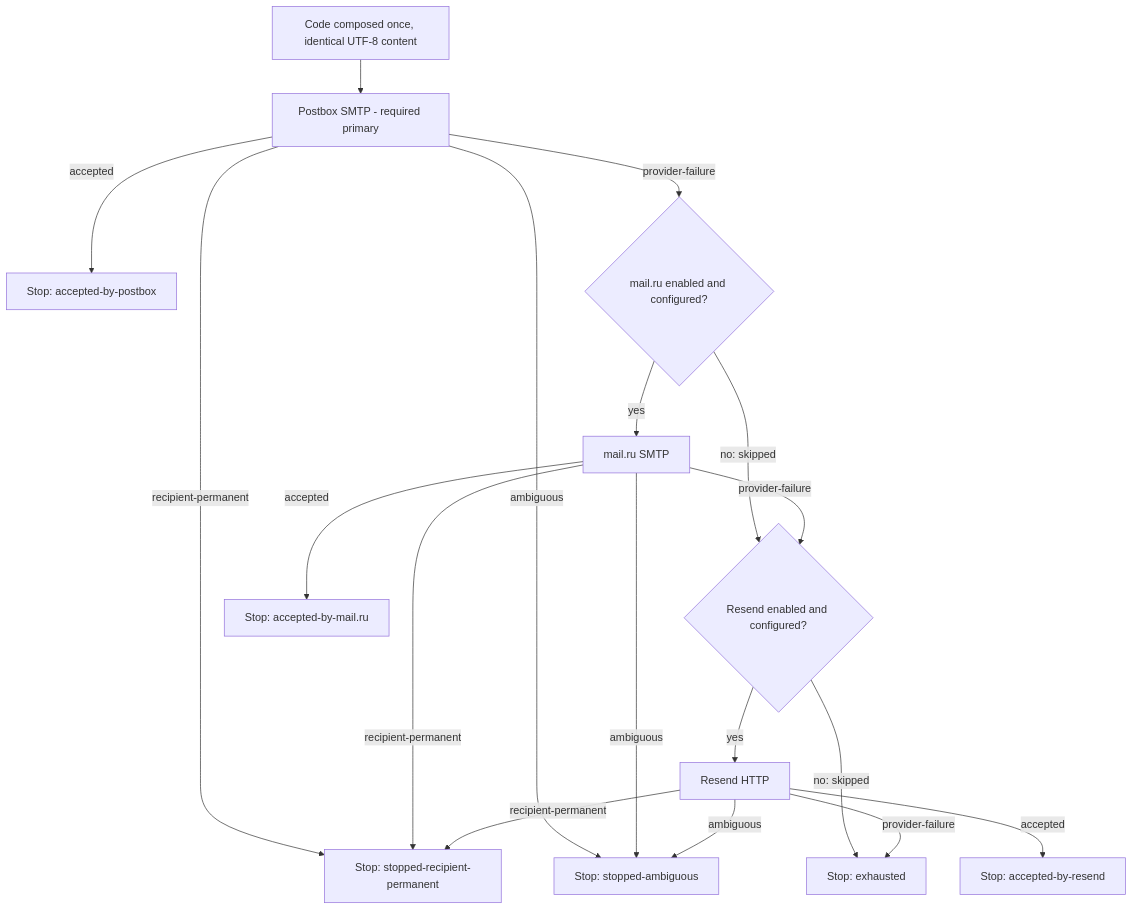
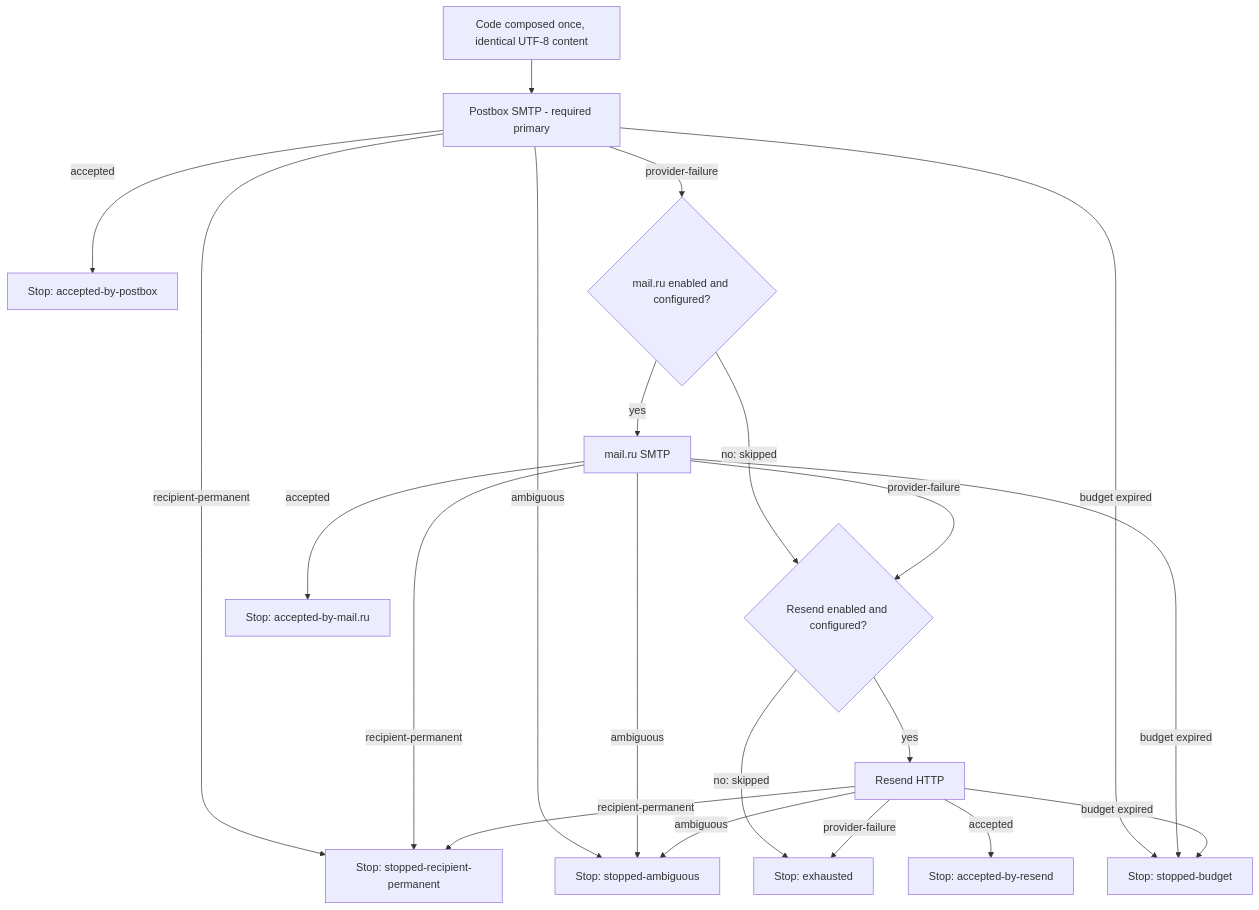
One commit to doctor-school/ds-platform changed the seventh of 7 diagrams in apps/docs/content/specs/features/003-user-authentication/003-design.md. Above: the diagram before and after it, drawn with Mermaid. The commit also changed 30 other files, not shown here.

````diff
--- a/apps/docs/content/specs/features/003-user-authentication/003-design.md
+++ b/apps/docs/content/specs/features/003-user-authentication/003-design.md
@@ -513,20 +513,23 @@
 ```mermaid
 flowchart TD
   S[Code composed once, identical UTF-8 content] --> P[Postbox SMTP - required primary]
   P -->|accepted| A1[Stop: accepted-by-postbox]
   P -->|recipient-permanent| R[Stop: stopped-recipient-permanent]
   P -->|ambiguous| X[Stop: stopped-ambiguous]
   P -->|provider-failure| M{mail.ru enabled and configured?}
   M -->|no: skipped| Q{Resend enabled and configured?}
   M -->|yes| MR[mail.ru SMTP]
   MR -->|accepted| A2[Stop: accepted-by-mail.ru]
   MR -->|recipient-permanent| R
   MR -->|ambiguous| X
   MR -->|provider-failure| Q
   Q -->|no: skipped| E[Stop: exhausted]
   Q -->|yes| RS[Resend HTTP]
   RS -->|accepted| A3[Stop: accepted-by-resend]
   RS -->|recipient-permanent| R
   RS -->|ambiguous| X
   RS -->|provider-failure| E
+  P -->|budget expired| B[Stop: stopped-budget]
+  MR -->|budget expired| B
+  RS -->|budget expired| B
 ```
````
